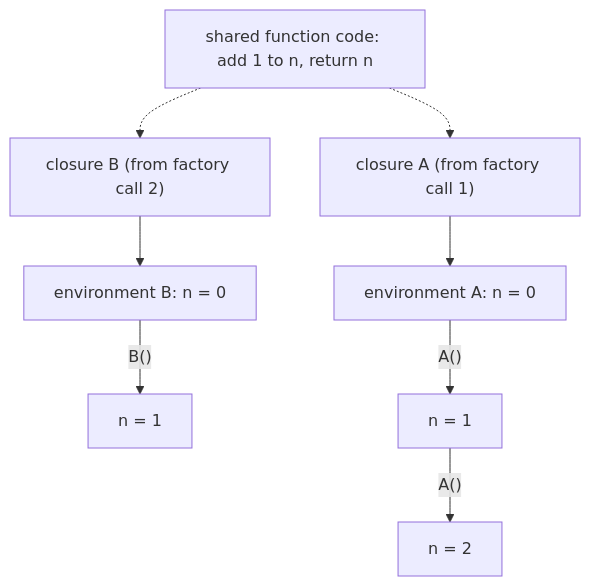
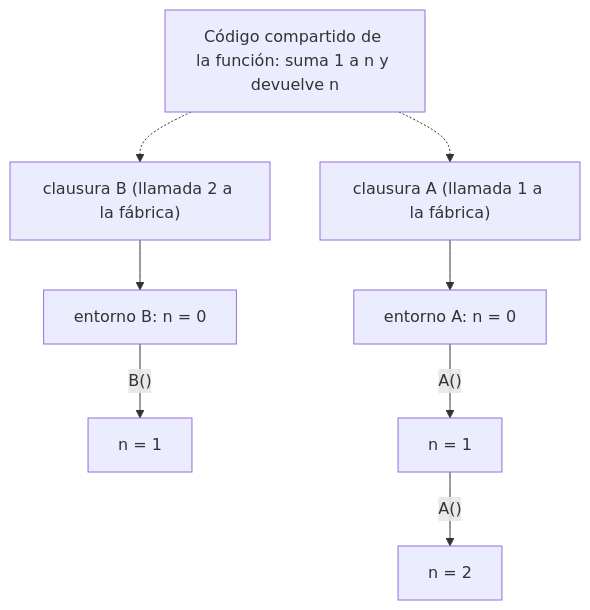
Before and after one commit to dullroar/aprende-a-programar-como-un-bicho-raro: the diagram in lessons/cs-source/concepts/closure.md, drawn with Mermaid. The commit also changed other lines of this file and 43 other files, not shown here.

````diff
--- a/lessons/cs-source/concepts/closure.md
+++ b/lessons/cs-source/concepts/closure.md
@@ -13,10 +13,10 @@
 ```mermaid
 flowchart TB
-    accTitle: Two closures may share code without sharing captured state
-    accDescr: The function code is shared. Calling the counter factory the first time makes closure A, which points to its own private environment holding n A. Calling A once sets n A to 1, and calling it again sets n A to 2. Calling the factory a second time makes closure B, which points to its own separate environment holding n B. Calling B once sets n B to 1, and n A is not changed. The factory call can return, and each environment lives while its closure can be reached.
-    CODE["shared function code: add 1 to n, return n"]
+    accTitle: Dos clausuras pueden compartir código sin compartir el estado capturado
+    accDescr: Las funciones comparten el código. La primera llamada a la fábrica de contadores crea la clausura A, que apunta a su entorno privado con n A. La primera llamada a A pone n A en 1 y la siguiente lo pone en 2. La segunda llamada a la fábrica crea la clausura B, que apunta a su propio entorno con n B. Al llamar a B una vez, n B queda en 1 y n A no cambia. La llamada a la fábrica puede retornar. Cada entorno sigue vivo mientras se pueda acceder a su clausura.
+    CODE["Código compartido de la función: suma 1 a n y devuelve n"]
     CODE -.-> CA
     CODE -.-> CB
-    CB["closure B (from factory call 2)"] --> EB0["environment B: n = 0"] -->|"B()"| EB1["n = 1"]
-    CA["closure A (from factory call 1)"] --> EA0["environment A: n = 0"] -->|"A()"| EA1["n = 1"] -->|"A()"| EA2["n = 2"]
+    CB["clausura B (llamada 2 a la fábrica)"] --> EB0["entorno B: n = 0"] -->|"B()"| EB1["n = 1"]
+    CA["clausura A (llamada 1 a la fábrica)"] --> EA0["entorno A: n = 0"] -->|"A()"| EA1["n = 1"] -->|"A()"| EA2["n = 2"]
 ```
````
